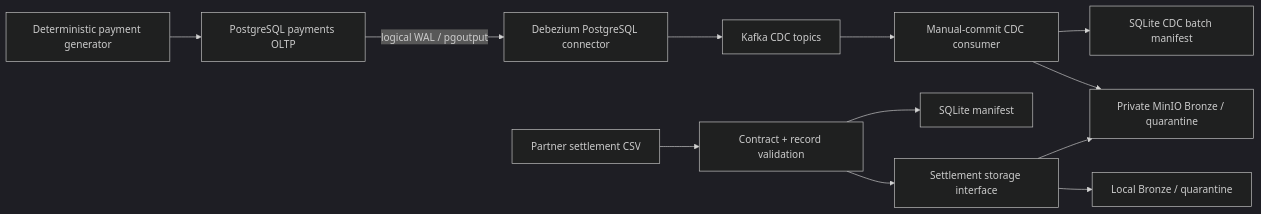
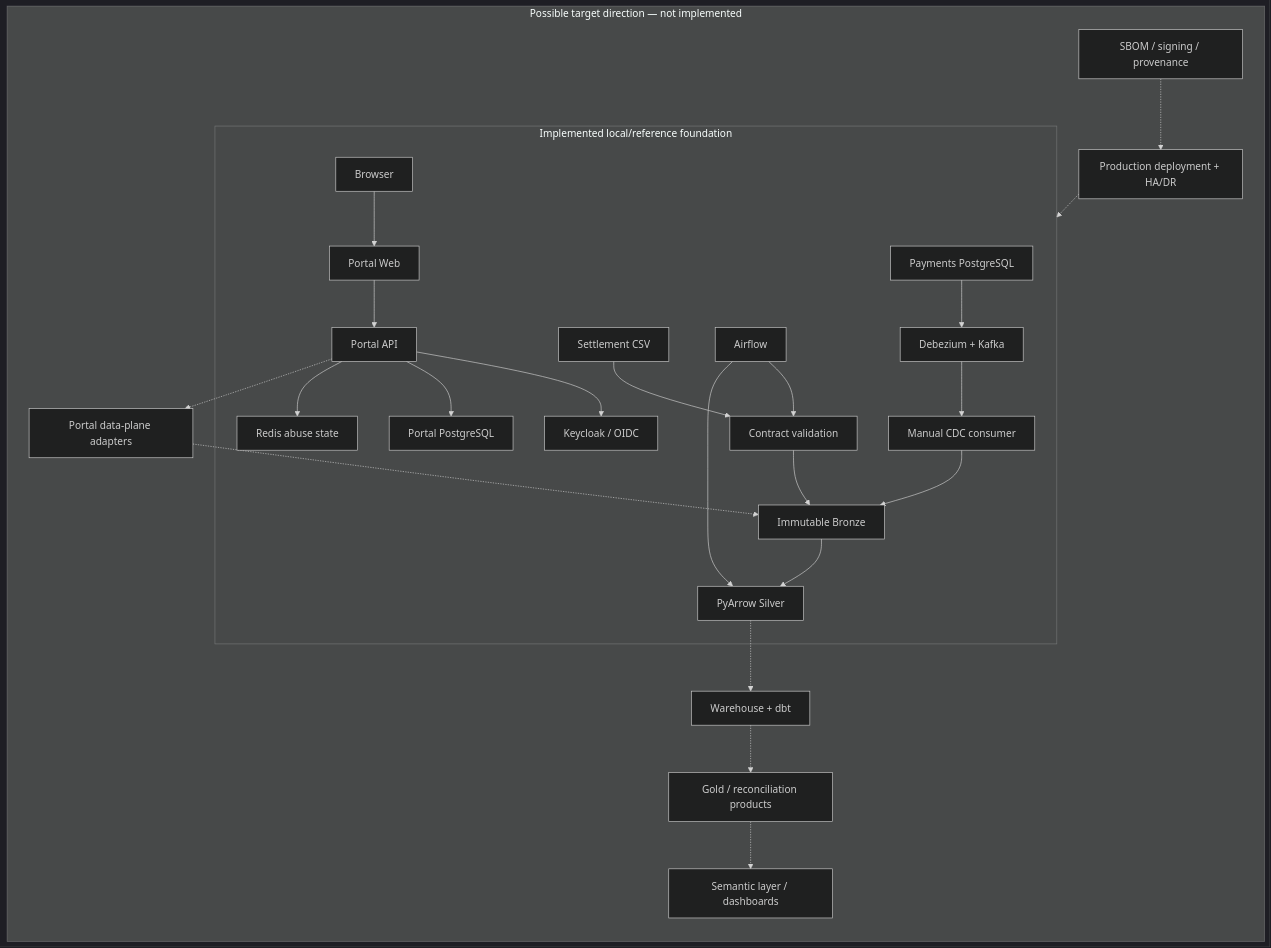
One commit to minzi03/fintech-payments-data-platform changed the diagram in docs/architecture/target-architecture.md. Above: the diagram before and after it, drawn with Mermaid (dark theme). The commit also changed other lines of this file and 8 other files, not shown here.

Commit message:
docs: reconcile current architecture and claims

````diff
--- a/docs/architecture/target-architecture.md
+++ b/docs/architecture/target-architecture.md
@@ -35,14 +22,36 @@
 ```mermaid
 flowchart LR
-    GEN["Deterministic payment generator"] --> PG["PostgreSQL payments OLTP"]
-    PG -->|"logical WAL / pgoutput"| DBZ["Debezium PostgreSQL connector"]
-    DBZ --> KAFKA["Kafka CDC topics"]
-    KAFKA --> CONSUMER["Manual-commit CDC consumer"]
-    CONSUMER --> CDCMANIFEST["SQLite CDC batch manifest"]
-    CONSUMER --> MINIO
-    CSV["Partner settlement CSV"] --> BATCH["Contract + record validation"]
-    BATCH --> MANIFEST["SQLite manifest"]
-    BATCH --> STORE["Settlement storage interface"]
-    STORE --> LOCAL["Local Bronze / quarantine"]
-    STORE --> MINIO["Private MinIO Bronze / quarantine"]
+    subgraph Implemented["Implemented local/reference foundation"]
+        PG["Payments PostgreSQL"] --> CDC["Debezium + Kafka"]
+        CDC --> Consumer["Manual CDC consumer"]
+        CSV["Settlement CSV"] --> Batch["Contract validation"]
+        Consumer --> Bronze["Immutable Bronze"]
+        Batch --> Bronze
+        Bronze --> Silver["PyArrow Silver"]
+        Airflow["Airflow"] --> Batch
+        Airflow --> Silver
+
+        Browser["Browser"] --> Web["Portal Web"]
+        Web --> API["Portal API"]
+        API --> Identity["Keycloak / OIDC"]
+        API --> PortalDB["Portal PostgreSQL"]
+        API --> Redis["Redis abuse state"]
+    end
+
+    subgraph Possible["Possible target direction — not implemented"]
+        Warehouse["Warehouse + dbt"]
+        Products["Gold / reconciliation products"]
+        BI["Semantic layer / dashboards"]
+        Adapters["Portal data-plane adapters"]
+        Production["Production deployment + HA/DR"]
+        Attestation["SBOM / signing / provenance"]
+
+        Silver -.-> Warehouse
+        Warehouse -.-> Products
+        Products -.-> BI
+        API -.-> Adapters
+        Adapters -.-> Bronze
+        Production -.-> Implemented
+        Attestation -.-> Production
+    end
 ```
````
